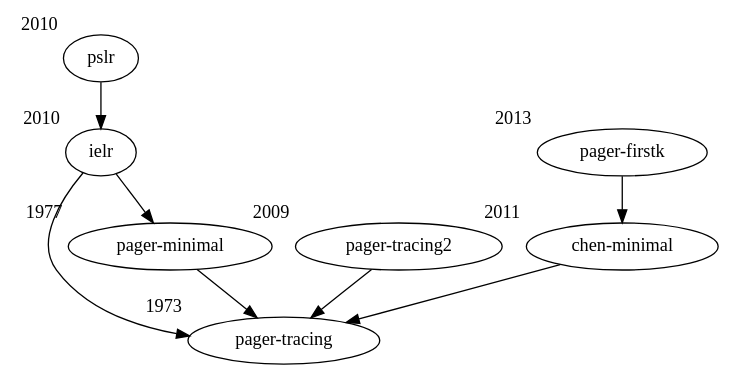
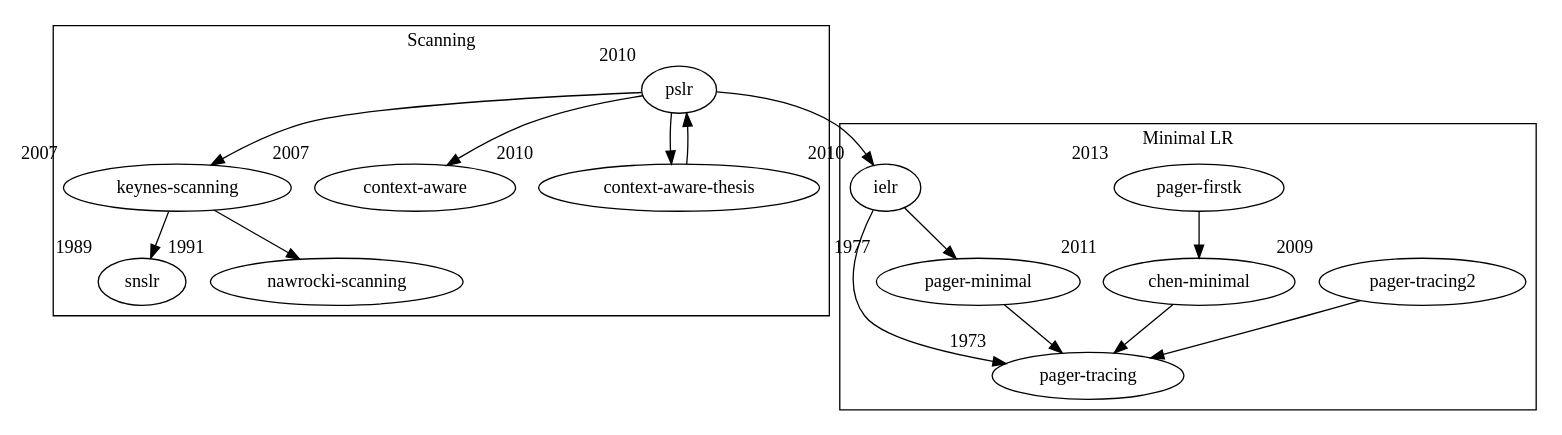
Before and after one commit to brokenpylons/bibliography: the diagram in graph.dot, drawn with Graphviz. The commit also changed 2 other files, not shown here.

```diff
--- a/graph.dot
+++ b/graph.dot
@@ -1,19 +1,43 @@
 digraph biblography {
-    "pager-tracing"[xlabel=1973]
-    "pager-minimal"[xlabel=1977]
-    "pager-tracing2"[xlabel=2009]
-    "chen-minimal"[xlabel=2011]
-    "pager-firstk"[xlabel=2013]
+    subgraph cluster_0 {
+        label = "Minimal LR"
 
-    "ielr"[xlabel=2010]
-    "pslr"[xlabel=2010]
+        "pager-tracing"[xlabel=1973]
+        "pager-minimal"[xlabel=1977]
+        "pager-tracing2"[xlabel=2009]
+        "chen-minimal"[xlabel=2011]
+        "pager-firstk"[xlabel=2013]
+        "ielr"[xlabel=2010]
 
-    "pager-minimal" -> "pager-tracing" 
-    "pager-tracing2" -> "pager-tracing"
-    "chen-minimal" -> "pager-tracing"
-    "pager-firstk" -> "chen-minimal"
+        "pager-minimal" -> "pager-tracing" 
+        "pager-tracing2" -> "pager-tracing"
+        "chen-minimal" -> "pager-tracing"
+        "pager-firstk" -> "chen-minimal"
+        "ielr" -> "pager-tracing"
+        "ielr" -> "pager-minimal"
+    }
 
-    "ielr" -> "pager-tracing"
-    "ielr" -> "pager-minimal"
-    "pslr" -> "ielr"
+    subgraph cluster_1 {
+        label = "Scanning"
+
+        "snslr"[xlabel=1989]
+        "nawrocki-scanning"[xlabel=1991]
+        "keynes-scanning"[xlabel=2007]
+        "pslr"[xlabel=2010]
+        "context-aware"[xlabel=2007]
+        "context-aware-thesis"[xlabel=2010]
+
+        "keynes-scanning" -> "nawrocki-scanning" 
+        "keynes-scanning" -> "snslr"
+        "pslr" -> "ielr"
+        "pslr" -> "keynes-scanning"
+        "pslr" -> "context-aware"
+        "pslr" -> "context-aware-thesis"
+        "context-aware-thesis" -> "pslr"
+    }
+
+
+
+
+
 }
```
